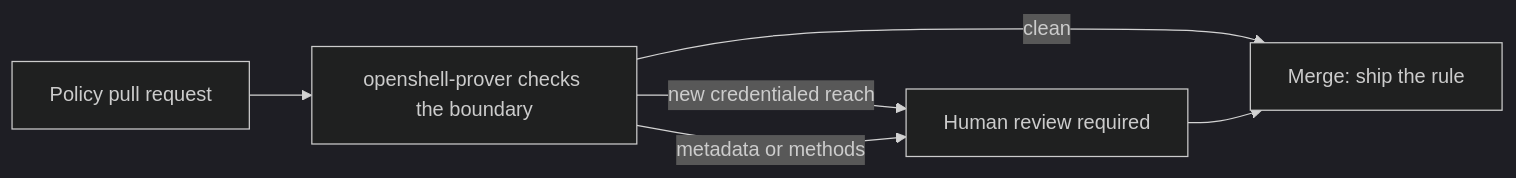
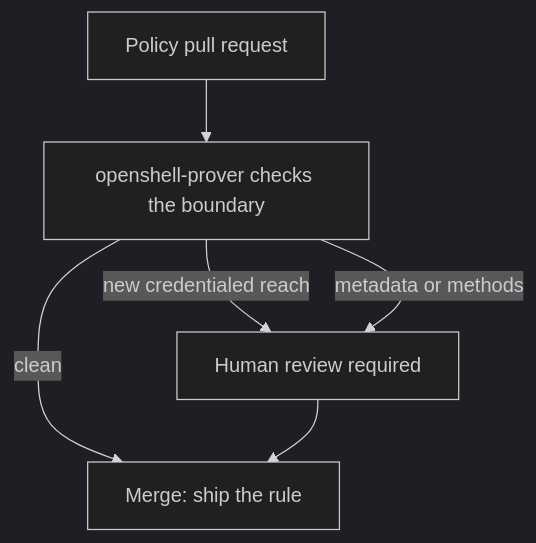
Diagram 11 of 26 in book/OPENSHELL-REFERENCE-ARCHITECTURE.md (harishgovardhandamodar/AI-Agents-Patterns), drawn with Mermaid (dark theme) before and after one commit. The commit also changed other lines of this file and 4 other files, not shown here.

First line of the commit message:
Presentable UML: vertical stacks, no dead columns, tighter sequences

````diff
--- a/book/OPENSHELL-REFERENCE-ARCHITECTURE.md
+++ b/book/OPENSHELL-REFERENCE-ARCHITECTURE.md
@@ -379,8 +379,8 @@
 ```mermaid
-flowchart LR
+flowchart TB
   PR["Policy pull request"] --> PV["openshell-prover checks the boundary"]
   PV -->|clean| MG["Merge: ship the rule"]
   PV -->|new credentialed reach| HB["Human review required"]
   PV -->|metadata or methods| HB
   HB --> MG
 ```
````
